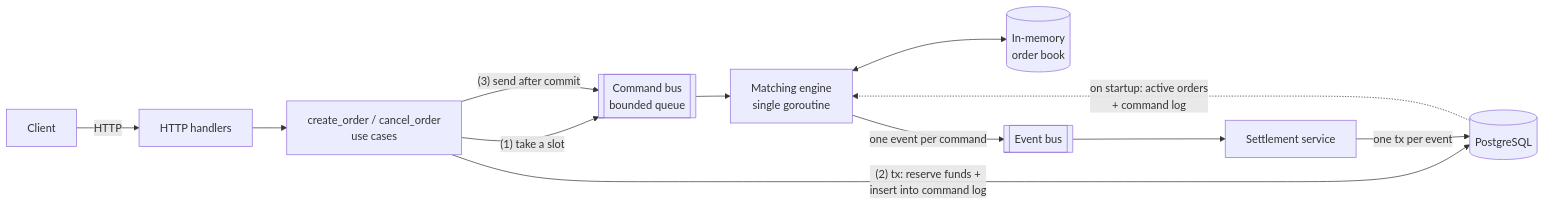
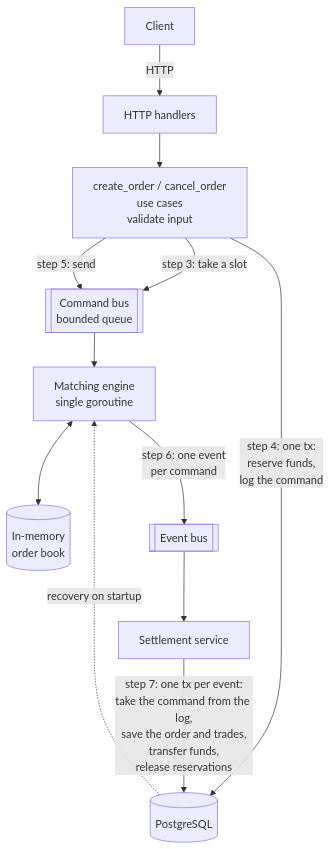
The diagram in README.md (Murlokich/Dixchange), drawn with Mermaid before and after one commit. The commit also changed other lines of this file, not shown here.

Commit message:
update diagram layout & remove unnecessary sections

````diff
--- a/README.md
+++ b/README.md
@@ -18,14 +18,14 @@
 ```mermaid
-flowchart LR
+flowchart TB
     client[Client] -->|HTTP| handlers[HTTP handlers]
-    handlers --> usecases[create_order / cancel_order<br/>use cases]
-    usecases -->|"(1) take a slot"| commandBus[[Command bus<br/>bounded queue]]
-    usecases -->|"(2) tx: reserve funds +<br/>insert into command log"| db[(PostgreSQL)]
-    usecases -->|"(3) send after commit"| commandBus
+    handlers --> usecases[create_order / cancel_order<br/>use cases<br/>validate input]
+    usecases -->|"step 3: take a slot"| commandBus[[Command bus<br/>bounded queue]]
+    usecases -->|"step 4: one tx:<br/>reserve funds,<br/>log the command"| db[(PostgreSQL)]
+    usecases -->|"step 5: send"| commandBus
     commandBus --> engine[Matching engine<br/>single goroutine]
     engine <--> book[(In-memory<br/>order book)]
-    engine -->|one event per command| eventBus[[Event bus]]
+    engine -->|"step 6: one event<br/>per command"| eventBus[[Event bus]]
     eventBus --> settlement[Settlement service]
-    settlement -->|one tx per event| db
-    db -. on startup: active orders<br/>+ command log .-> engine
+    settlement -->|"step 7: one tx per event:<br/>take the command from the log,<br/>save the order and trades,<br/>transfer funds,<br/>release reservations"| db
+    db -. recovery on startup .-> engine
 ```
````
